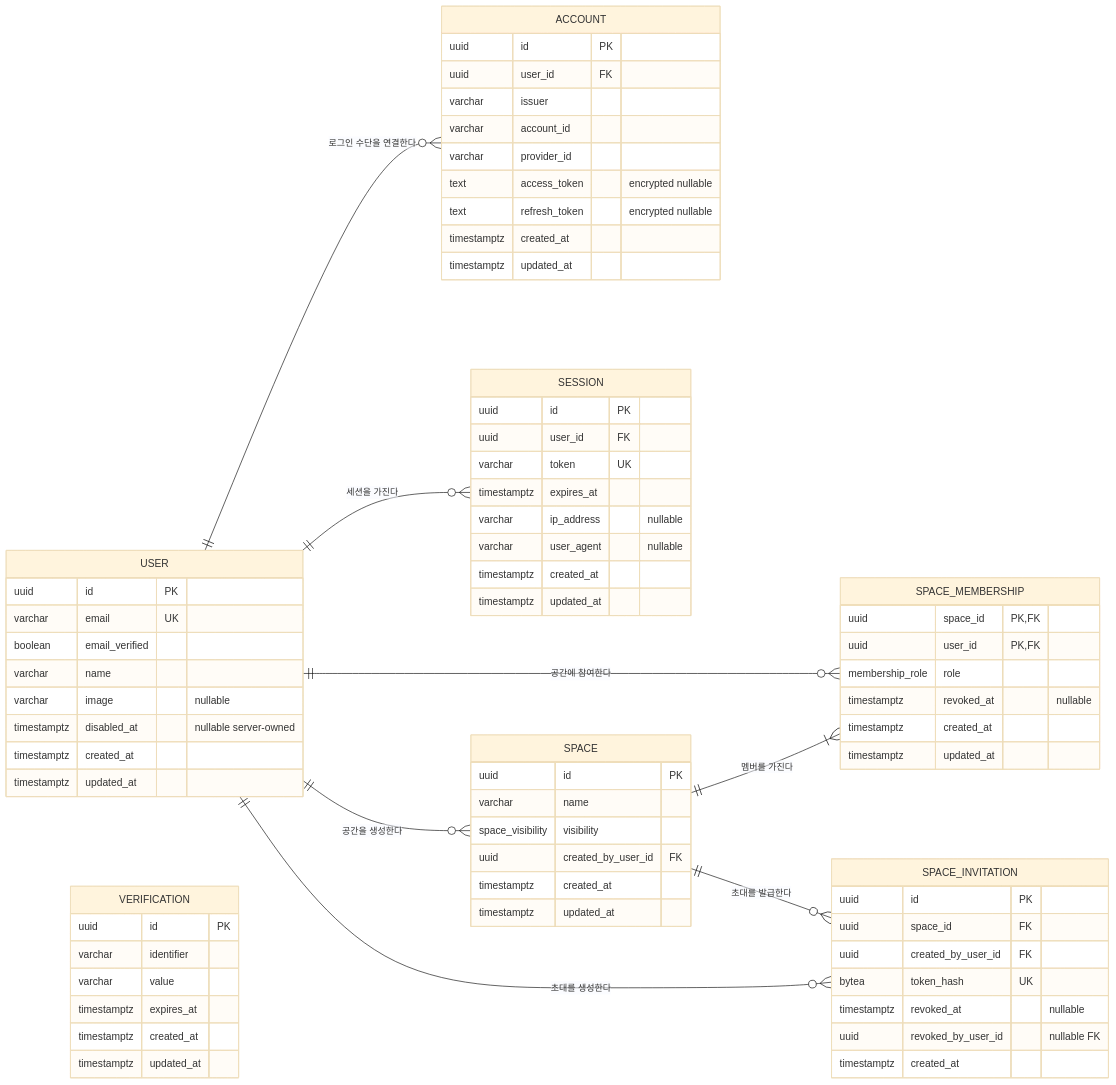
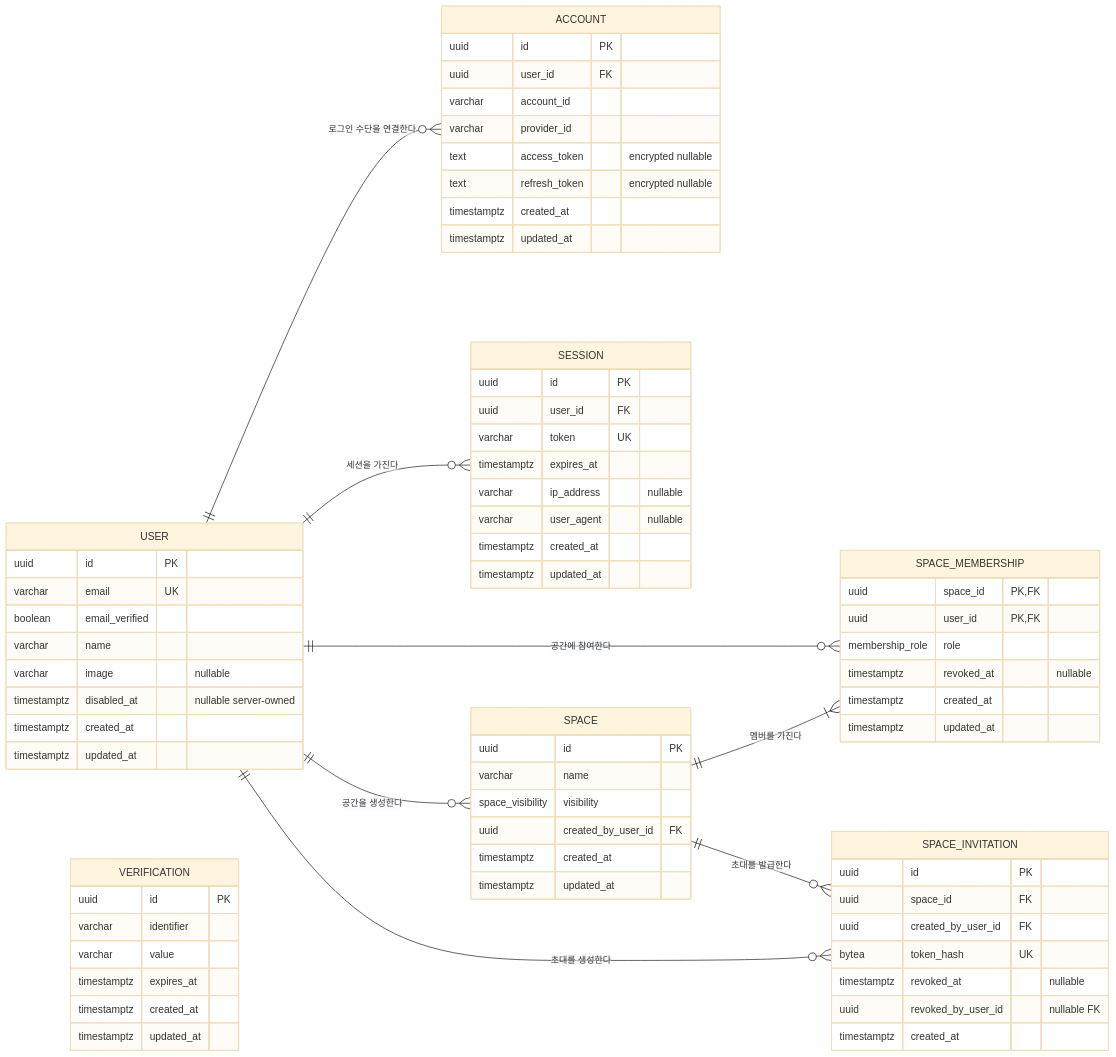
One commit to mnmhbbb/gatgaga changed the first of 3 diagrams in docs/development/erd-v0.1.md. Above: the diagram before and after it, drawn with Mermaid (base theme). The commit also changed other lines of this file and 8 other files, not shown here.

````diff
--- a/docs/development/erd-v0.1.md
+++ b/docs/development/erd-v0.1.md
@@ -22,76 +22,75 @@
 ```mermaid
 erDiagram
     direction LR
     USER ||--o{ ACCOUNT : "로그인 수단을 연결한다"
     USER ||--o{ SESSION : "세션을 가진다"
     USER ||--o{ SPACE_MEMBERSHIP : "공간에 참여한다"
     SPACE ||--|{ SPACE_MEMBERSHIP : "멤버를 가진다"
     USER ||--o{ SPACE : "공간을 생성한다"
     SPACE ||--o{ SPACE_INVITATION : "초대를 발급한다"
     USER ||--o{ SPACE_INVITATION : "초대를 생성한다"
 
     USER {
         uuid id PK
         varchar email UK
         boolean email_verified
         varchar name
         varchar image "nullable"
         timestamptz disabled_at "nullable server-owned"
         timestamptz created_at
         timestamptz updated_at
     }
     ACCOUNT {
         uuid id PK
         uuid user_id FK
-        varchar issuer
         varchar account_id
         varchar provider_id
         text access_token "encrypted nullable"
         text refresh_token "encrypted nullable"
         timestamptz created_at
         timestamptz updated_at
     }
     SESSION {
         uuid id PK
         uuid user_id FK
         varchar token UK
         timestamptz expires_at
         varchar ip_address "nullable"
         varchar user_agent "nullable"
         timestamptz created_at
         timestamptz updated_at
     }
     VERIFICATION {
         uuid id PK
         varchar identifier
         varchar value
         timestamptz expires_at
         timestamptz created_at
         timestamptz updated_at
     }
     SPACE {
         uuid id PK
         varchar name
         space_visibility visibility
         uuid created_by_user_id FK
         timestamptz created_at
         timestamptz updated_at
     }
     SPACE_MEMBERSHIP {
         uuid space_id PK,FK
         uuid user_id PK,FK
         membership_role role
         timestamptz revoked_at "nullable"
         timestamptz created_at
         timestamptz updated_at
     }
     SPACE_INVITATION {
         uuid id PK
         uuid space_id FK
         uuid created_by_user_id FK
         bytea token_hash UK
         timestamptz revoked_at "nullable"
         uuid revoked_by_user_id "nullable FK"
         timestamptz created_at
     }
 ```
````
